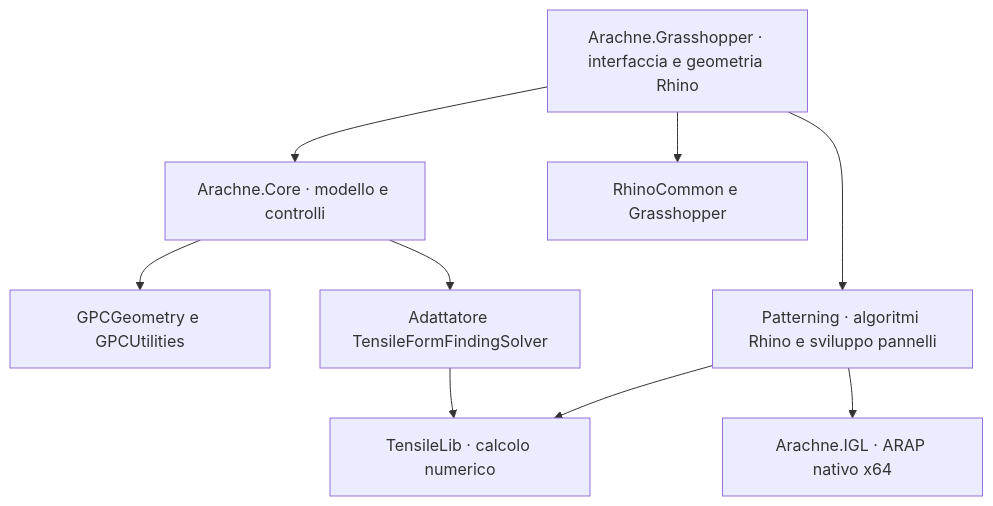
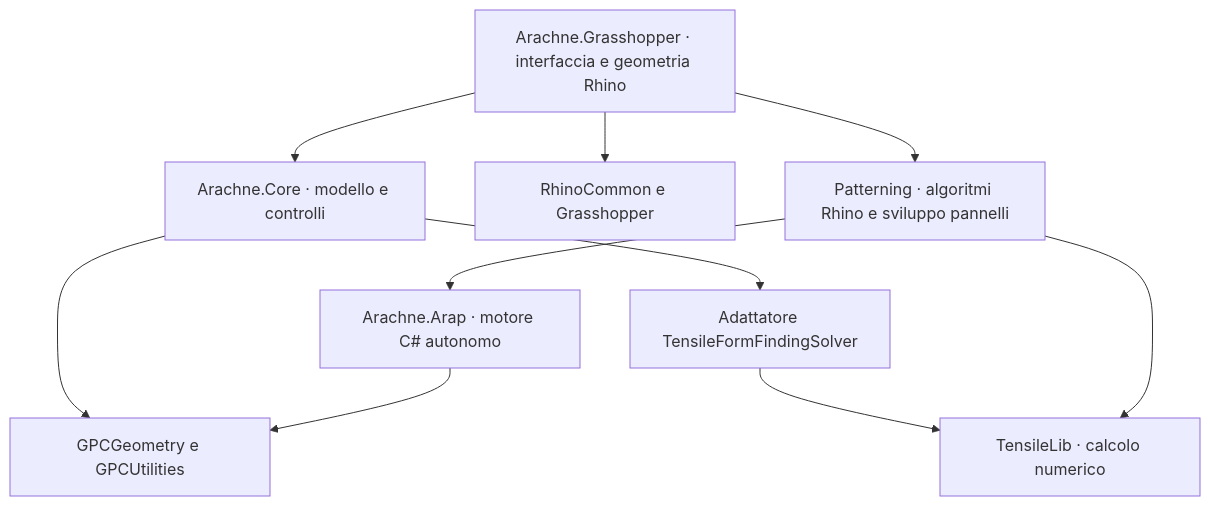
Before and after one commit to ITEC-GPA/Arachne: the diagram in docs/ARCHITECTURE.md, drawn with Mermaid. The commit also changed other lines of this file and 21 other files, not shown here.

````diff
--- a/docs/ARCHITECTURE.md
+++ b/docs/ARCHITECTURE.md
@@ -5,11 +5,12 @@
 ```mermaid
 flowchart TD
   GH[Arachne.Grasshopper · interfaccia e geometria Rhino] --> CORE[Arachne.Core · modello e controlli]
   GH --> RHINO[RhinoCommon e Grasshopper]
   CORE --> GPC[GPCGeometry e GPCUtilities]
   CORE --> A[Adattatore TensileFormFindingSolver]
   A --> TL[TensileLib · calcolo numerico]
   GH --> P[Patterning · algoritmi Rhino e sviluppo pannelli]
   P --> TL
-  P --> IGL[Arachne.IGL · ARAP nativo x64]
+  P --> ARAP[Arachne.Arap · motore C# autonomo]
+  ARAP --> GPC
 ```
````
